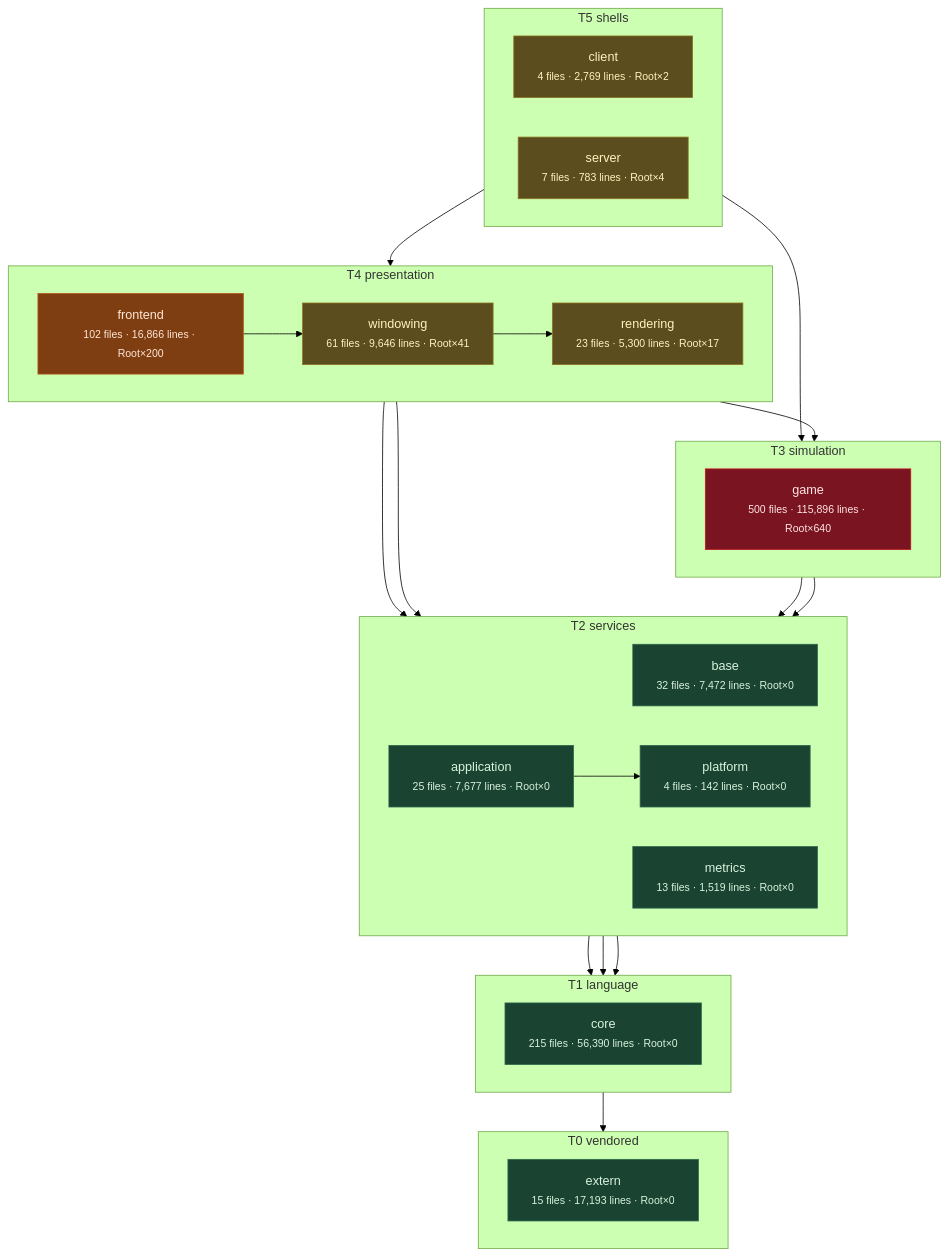
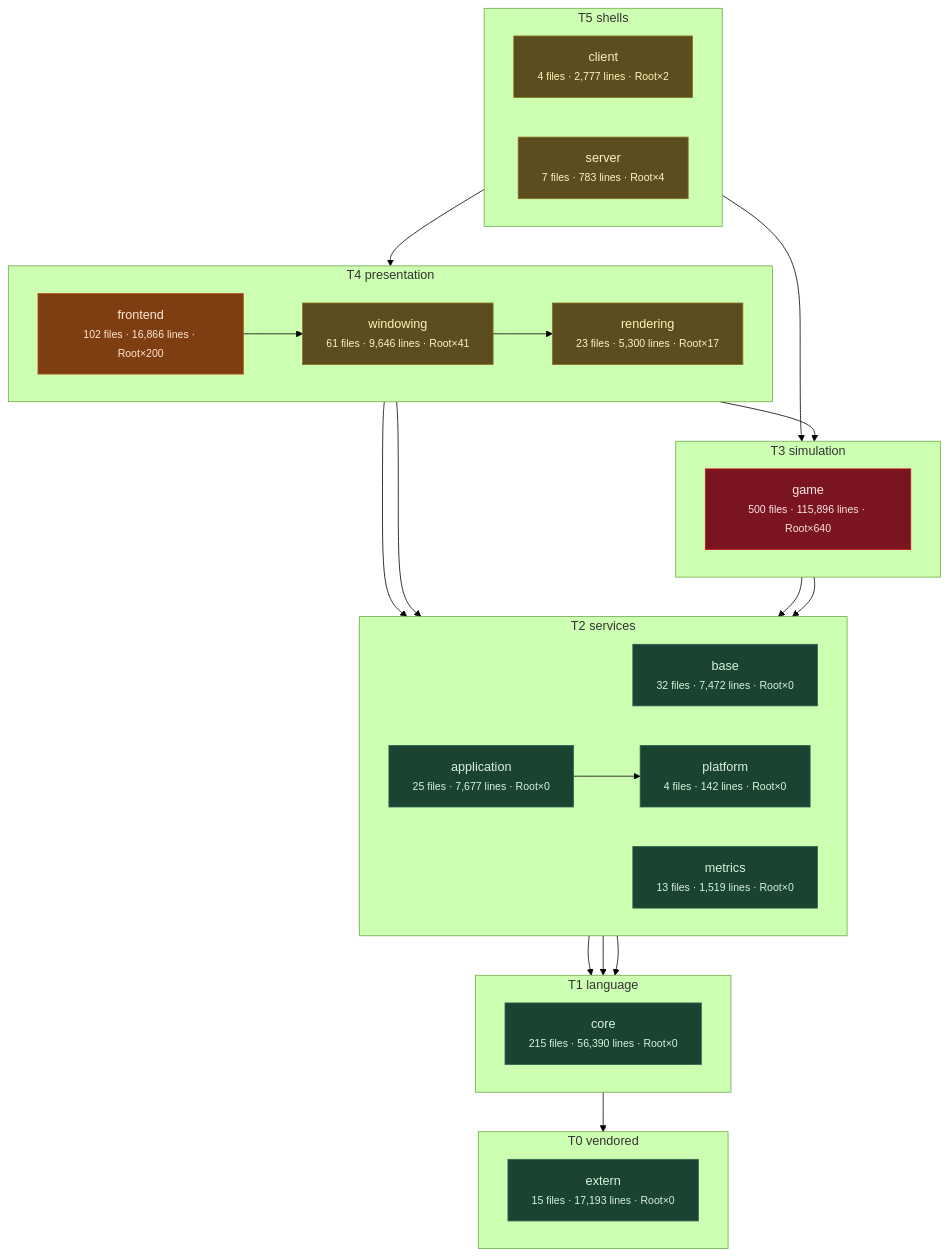
Before and after one commit to apnex/OpenStarbound: the third of 11 diagrams in docs/architecture/system-boundaries.md, drawn with Mermaid (forest theme). The commit also changed other lines of this file and 3 other files, not shown here.

````diff
--- a/docs/architecture/system-boundaries.md
+++ b/docs/architecture/system-boundaries.md
@@ -271,55 +271,55 @@
 ```mermaid
 flowchart TD
   subgraph T0["T0 vendored"]
     direction LR
     extern["extern<br/><small>15 files · 17,193 lines · Root×0</small>"]
   end
   subgraph T1["T1 language"]
     direction LR
     core["core<br/><small>215 files · 56,390 lines · Root×0</small>"]
   end
   subgraph T2["T2 services"]
     direction LR
     base["base<br/><small>32 files · 7,472 lines · Root×0</small>"]
     metrics["metrics<br/><small>13 files · 1,519 lines · Root×0</small>"]
     platform["platform<br/><small>4 files · 142 lines · Root×0</small>"]
     application["application<br/><small>25 files · 7,677 lines · Root×0</small>"]
   end
   subgraph T3["T3 simulation"]
     direction LR
     game["game<br/><small>500 files · 115,896 lines · Root×640</small>"]
   end
   subgraph T4["T4 presentation"]
     direction LR
     rendering["rendering<br/><small>23 files · 5,300 lines · Root×17</small>"]
     windowing["windowing<br/><small>61 files · 9,646 lines · Root×41</small>"]
     frontend["frontend<br/><small>102 files · 16,866 lines · Root×200</small>"]
   end
   subgraph T5["T5 shells"]
     direction LR
-    client["client<br/><small>4 files · 2,769 lines · Root×2</small>"]
+    client["client<br/><small>4 files · 2,777 lines · Root×2</small>"]
     server["server<br/><small>7 files · 783 lines · Root×4</small>"]
   end
   core --> extern
   base --> core
   metrics --> core
   platform --> core
   application --> platform
   game --> base
   game --> platform
   rendering --> application
   rendering --> game
   windowing --> rendering
   frontend --> metrics
   frontend --> windowing
   client --> frontend
   server --> game
   classDef clean fill:#1b4332,stroke:#2d6a4f,color:#d8f3dc
   classDef warm  fill:#5c4d1e,stroke:#8a7420,color:#fff3bf
   classDef hot   fill:#7f3e12,stroke:#b5561b,color:#ffe8d6
   classDef blaze fill:#7a1420,stroke:#c1121f,color:#ffe5e5
   class extern,core,base,metrics,platform,application clean
   class rendering,windowing,client,server warm
   class frontend hot
   class game blaze
 ```
````
